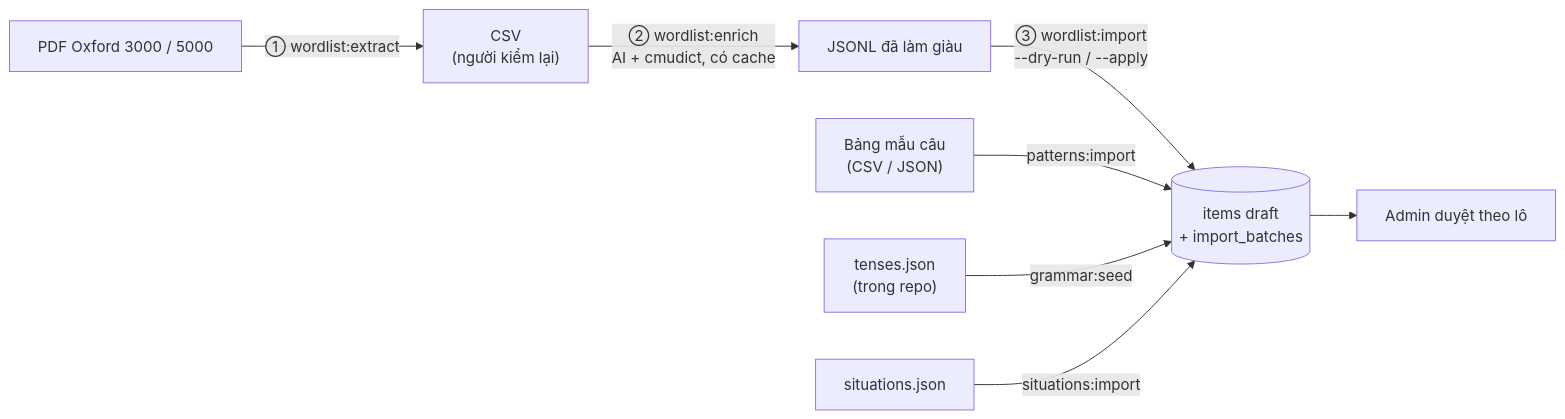
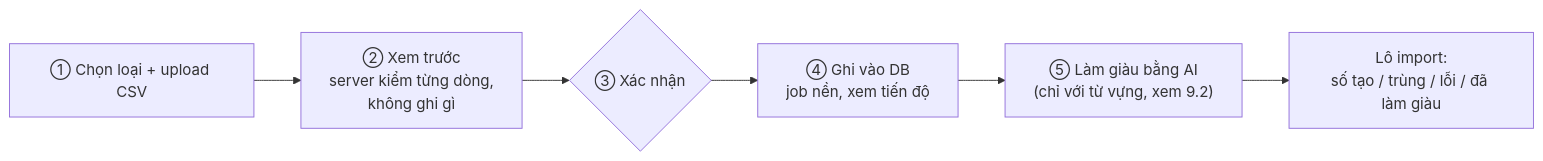
The eighth of 8 diagrams in docs/design/vocab-pattern-tense-path.md (hnhatr/LingoBites-App), drawn with Mermaid before and after one commit. The commit also changed other lines of this file, not shown here.

First line of the commit message:
docs: CSV import on admin, per-user limits, no manual review of AI sentences

````diff
--- a/docs/design/vocab-pattern-tense-path.md
+++ b/docs/design/vocab-pattern-tense-path.md
@@ -516,10 +557,8 @@
 ```mermaid
 flowchart LR
-  PDF["PDF Oxford 3000 / 5000"] -->|"① wordlist:extract"| CSV["CSV<br/>(người kiểm lại)"]
-  CSV -->|"② wordlist:enrich<br/>AI + cmudict, có cache"| JSONL["JSONL đã làm giàu"]
-  JSONL -->|"③ wordlist:import<br/>--dry-run / --apply"| DB[("items draft<br/>+ import_batches")]
-  PAT["Bảng mẫu câu<br/>(CSV / JSON)"] -->|"patterns:import"| DB
-  GR["tenses.json<br/>(trong repo)"] -->|"grammar:seed"| DB
-  SIT["situations.json"] -->|"situations:import"| DB
-  DB --> ADM["Admin duyệt theo lô"]
+  UP["① Chọn loại + upload CSV"] --> PV["② Xem trước<br/>server kiểm từng dòng,<br/>không ghi gì"]
+  PV --> OK{"③ Xác nhận"}
+  OK --> RUN["④ Ghi vào DB<br/>job nền, xem tiến độ"]
+  RUN --> EN["⑤ Làm giàu bằng AI<br/>(chỉ với từ vựng, xem 9.2)"]
+  EN --> DONE["Lô import:<br/>số tạo / trùng / lỗi / đã làm giàu"]
 ```
````
